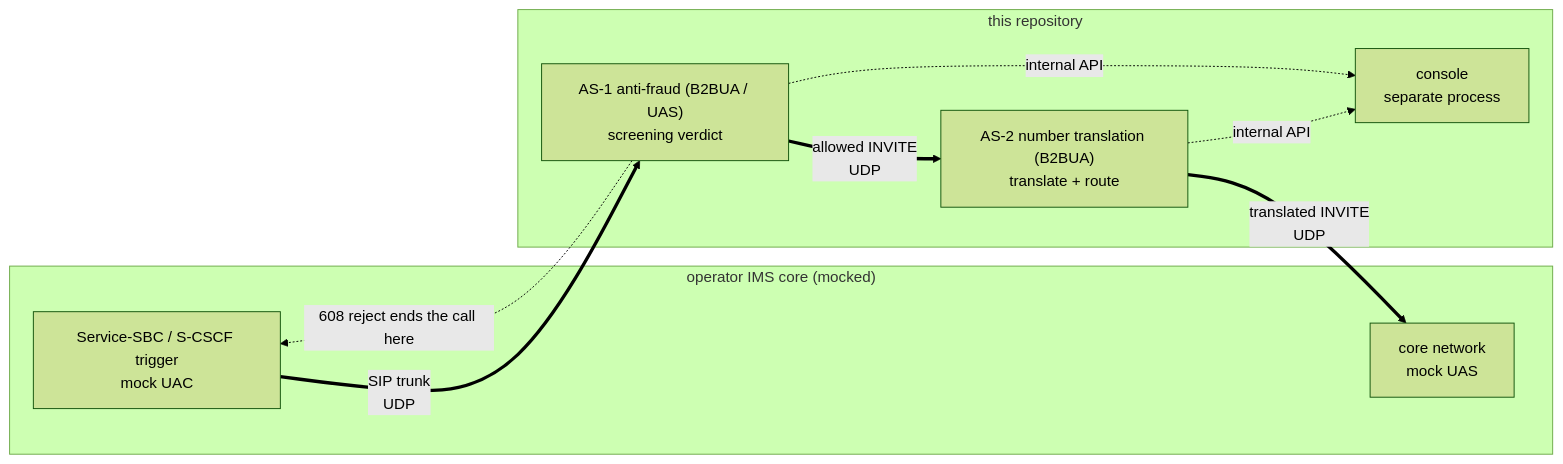
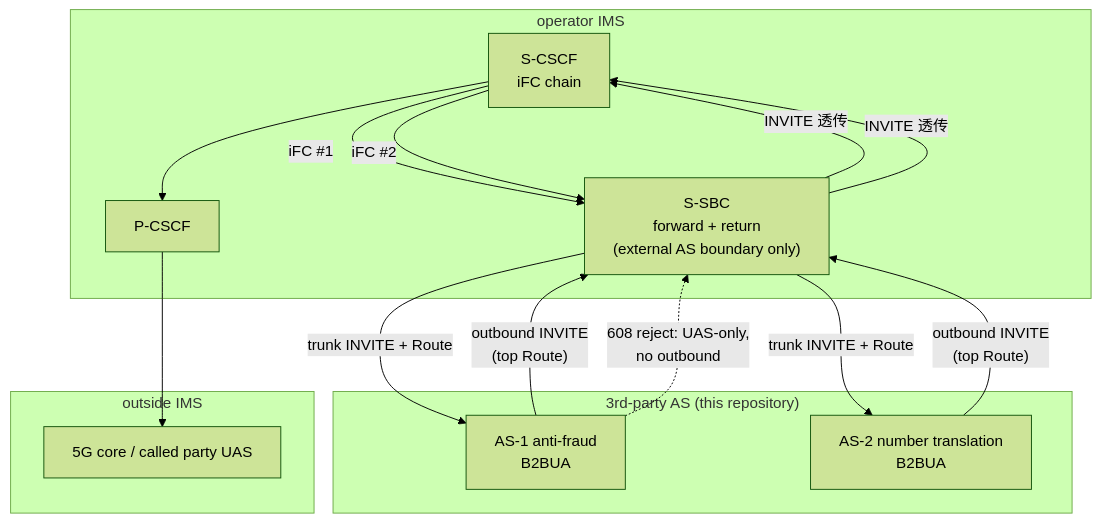
One commit to dolanshu/3rdparty_AS_POC changed the seventh of 10 diagrams in docs/architecture/hld.md. Above: the diagram before and after it, drawn with Mermaid (forest theme). The commit also changed other lines of this file and 67 other files, not shown here.

````diff
--- a/docs/architecture/hld.md
+++ b/docs/architecture/hld.md
@@ -300,18 +302,32 @@
 ```mermaid
-graph LR
-    subgraph operator["operator IMS core (mocked)"]
-        SSBC["Service-SBC / S-CSCF trigger<br/>mock UAC"]
-        CORE["core network<br/>mock UAS"]
+graph TB
+    subgraph ims["operator IMS"]
+        SCSCF["S-CSCF<br/>iFC chain"]
+        SSBC["S-SBC<br/>forward + return<br/>(external AS boundary only)"]
+        PCSCF["P-CSCF"]
     end
-    subgraph ours["this repository"]
-        FRAUD["AS-1 anti-fraud (B2BUA / UAS)<br/>screening verdict"]
-        AS["AS-2 number translation (B2BUA)<br/>translate + route"]
-        CONSOLE["console<br/>separate process"]
+
+    subgraph external["3rd-party AS (this repository)"]
+        AS1["AS-1 anti-fraud<br/>B2BUA"]
+        AS2["AS-2 number translation<br/>B2BUA"]
     end
-    SSBC == "SIP trunk<br/>UDP" ==> FRAUD
-    FRAUD == "allowed INVITE<br/>UDP" ==> AS
-    AS == "translated INVITE<br/>UDP" ==> CORE
-    FRAUD -. "608 reject ends the call here" .-> SSBC
-    FRAUD -. "internal API" .-> CONSOLE
-    AS -. "internal API" .-> CONSOLE
+
+    subgraph out["outside IMS"]
+        CORE["5G core / called party UAS"]
+    end
+
+    SCSCF -- "iFC #1" --> SSBC
+    SSBC -- "trunk INVITE + Route" --> AS1
+    AS1 -- "outbound INVITE<br/>(top Route)" --> SSBC
+    SSBC -- "INVITE 透传" --> SCSCF
+
+    SCSCF -- "iFC #2" --> SSBC
+    SSBC -- "trunk INVITE + Route" --> AS2
+    AS2 -- "outbound INVITE<br/>(top Route)" --> SSBC
+    SSBC -- "INVITE 透传" --> SCSCF
+
+    SCSCF --> PCSCF
+    PCSCF --> CORE
+
+    AS1 -. "608 reject: UAS-only,<br/>no outbound" .-> SSBC
 ```
````
